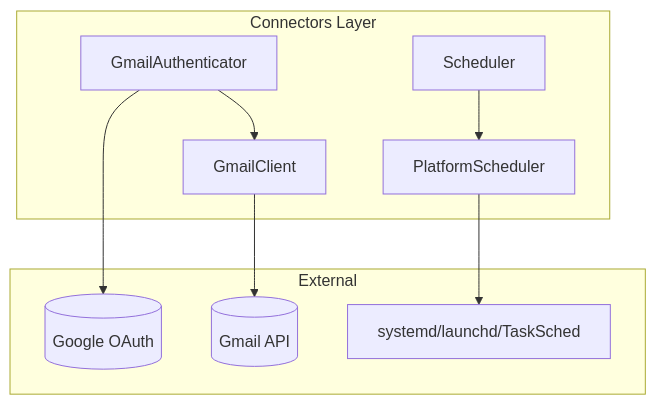
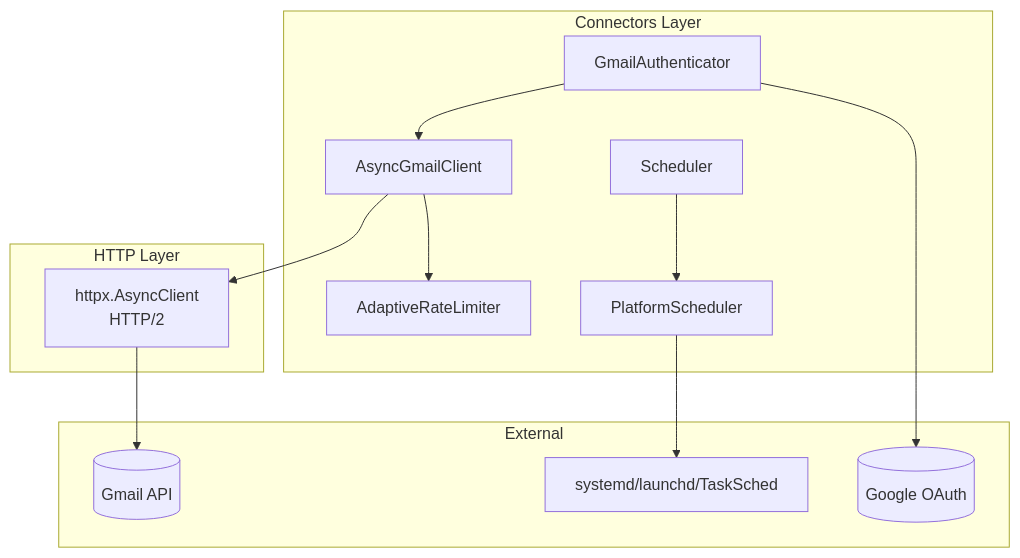
Before and after one commit to tumma72/GMailArchiver: the seventh of 8 diagrams in src/gmailarchiver/connectors/ARCHITECTURE.md, drawn with Mermaid. The commit also changed other lines of this file and 24 other files, not shown here.

First line of the commit message:
refactor: Complete async-only architecture migration (ADR-006)

````diff
--- a/src/gmailarchiver/connectors/ARCHITECTURE.md
+++ b/src/gmailarchiver/connectors/ARCHITECTURE.md
@@ -200,21 +309,28 @@
 ```mermaid
 graph TB
     subgraph "Connectors Layer"
         AUTH[GmailAuthenticator]
-        CLIENT[GmailClient]
+        CLIENT[AsyncGmailClient]
+        RL[AdaptiveRateLimiter]
         SCHED[Scheduler]
         PLAT[PlatformScheduler]
+    end
+
+    subgraph "HTTP Layer"
+        HTTPX[httpx.AsyncClient<br/>HTTP/2]
     end
 
     subgraph "External"
         GOOGLE[(Google OAuth)]
         GMAIL[(Gmail API)]
         SYSTEMD[systemd/launchd/TaskSched]
     end
 
     AUTH --> GOOGLE
     AUTH --> CLIENT
-    CLIENT --> GMAIL
+    CLIENT --> RL
+    CLIENT --> HTTPX
+    HTTPX --> GMAIL
     SCHED --> PLAT
     PLAT --> SYSTEMD
 ```
````
